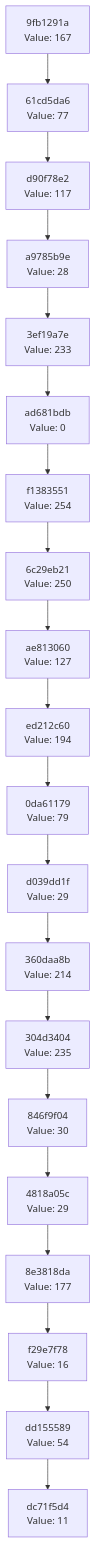
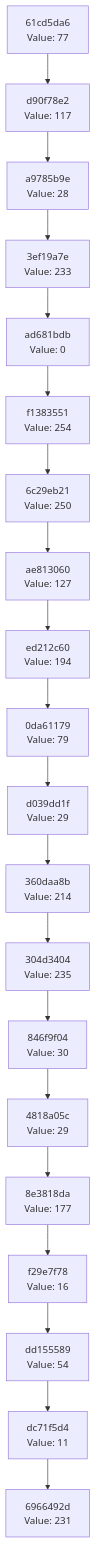
The diagram in docs/CHAIN_VISUALIZATION.md (Abhisheksinha1506/hash-chain-evolver), drawn with Mermaid before and after one commit. The commit also changed 3 other files, not shown here.

````diff
--- a/docs/CHAIN_VISUALIZATION.md
+++ b/docs/CHAIN_VISUALIZATION.md
@@ -3,42 +3,42 @@
 ```mermaid
 graph TD
-    C0["dc71f5d4<br/>Value: 11"]
-    C1["dd155589<br/>Value: 54"]
+    C0["6966492d<br/>Value: 231"]
+    C1["dc71f5d4<br/>Value: 11"]
     C1 --> C0
-    C2["f29e7f78<br/>Value: 16"]
+    C2["dd155589<br/>Value: 54"]
     C2 --> C1
-    C3["8e3818da<br/>Value: 177"]
+    C3["f29e7f78<br/>Value: 16"]
     C3 --> C2
-    C4["4818a05c<br/>Value: 29"]
+    C4["8e3818da<br/>Value: 177"]
     C4 --> C3
-    C5["846f9f04<br/>Value: 30"]
+    C5["4818a05c<br/>Value: 29"]
     C5 --> C4
-    C6["304d3404<br/>Value: 235"]
+    C6["846f9f04<br/>Value: 30"]
     C6 --> C5
-    C7["360daa8b<br/>Value: 214"]
+    C7["304d3404<br/>Value: 235"]
     C7 --> C6
-    C8["d039dd1f<br/>Value: 29"]
+    C8["360daa8b<br/>Value: 214"]
     C8 --> C7
-    C9["0da61179<br/>Value: 79"]
+    C9["d039dd1f<br/>Value: 29"]
     C9 --> C8
-    C10["ed212c60<br/>Value: 194"]
+    C10["0da61179<br/>Value: 79"]
     C10 --> C9
-    C11["ae813060<br/>Value: 127"]
+    C11["ed212c60<br/>Value: 194"]
     C11 --> C10
-    C12["6c29eb21<br/>Value: 250"]
+    C12["ae813060<br/>Value: 127"]
     C12 --> C11
-    C13["f1383551<br/>Value: 254"]
+    C13["6c29eb21<br/>Value: 250"]
     C13 --> C12
-    C14["ad681bdb<br/>Value: 0"]
+    C14["f1383551<br/>Value: 254"]
     C14 --> C13
-    C15["3ef19a7e<br/>Value: 233"]
+    C15["ad681bdb<br/>Value: 0"]
     C15 --> C14
-    C16["a9785b9e<br/>Value: 28"]
+    C16["3ef19a7e<br/>Value: 233"]
     C16 --> C15
-    C17["d90f78e2<br/>Value: 117"]
+    C17["a9785b9e<br/>Value: 28"]
     C17 --> C16
-    C18["61cd5da6<br/>Value: 77"]
+    C18["d90f78e2<br/>Value: 117"]
     C18 --> C17
-    C19["9fb1291a<br/>Value: 167"]
+    C19["61cd5da6<br/>Value: 77"]
     C19 --> C18
 ```
````
